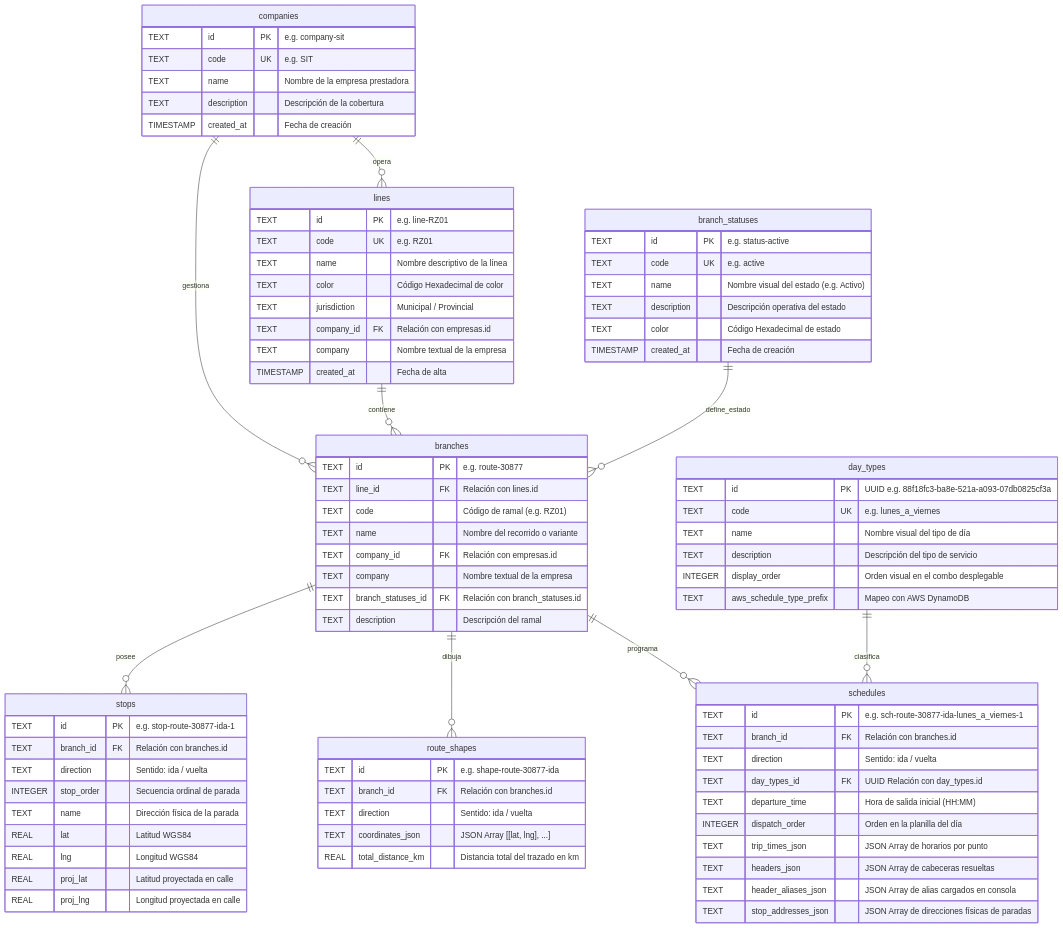
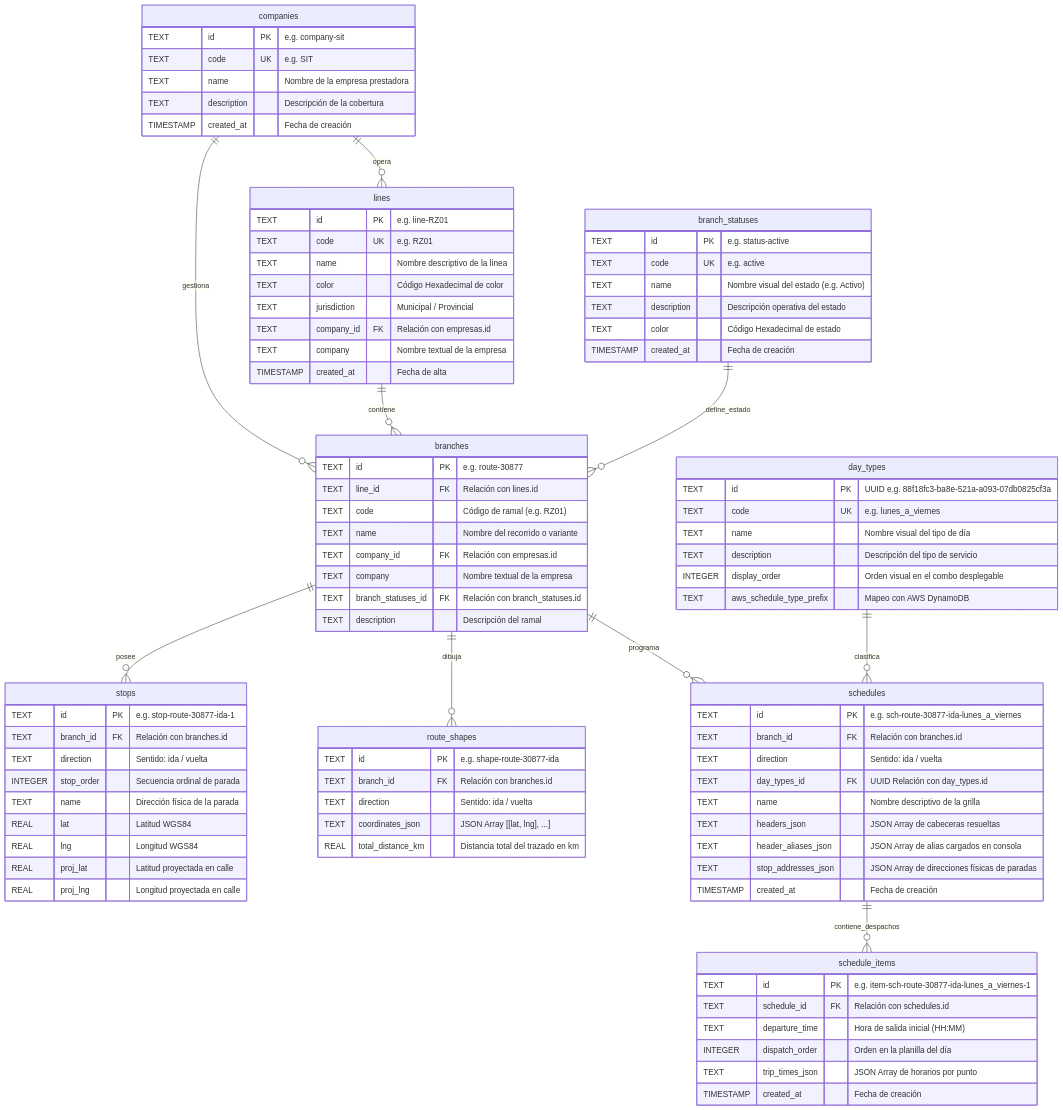
Before and after one commit to CollieHub/collie-mobility-transit-webpage-app-docs: the diagram in database/schema.md, drawn with Mermaid. The commit also changed other lines of this file and 1 other file, not shown here.

Commit message:
docs(database): add schedule_items table to ER diagram and schema docs

````diff
--- a/database/schema.md
+++ b/database/schema.md
@@ -16,6 +16,7 @@
     branches ||--o{ route_shapes : "dibuja"
     branches ||--o{ schedules : "programa"
     day_types ||--o{ schedules : "clasifica"
+    schedules ||--o{ schedule_items : "contiene_despachos"
 
     companies {
         TEXT id PK "e.g. company-sit"
@@ -86,15 +87,23 @@
     }
 
     schedules {
-        TEXT id PK "e.g. sch-route-30877-ida-lunes_a_viernes-1"
+        TEXT id PK "e.g. sch-route-30877-ida-lunes_a_viernes"
         TEXT branch_id FK "Relación con branches.id"
         TEXT direction "Sentido: ida / vuelta"
         TEXT day_types_id FK "UUID Relación con day_types.id"
+        TEXT name "Nombre descriptivo de la grilla"
+        TEXT headers_json "JSON Array de cabeceras resueltas"
+        TEXT header_aliases_json "JSON Array de alias cargados en consola"
+        TEXT stop_addresses_json "JSON Array de direcciones físicas de paradas"
+        TIMESTAMP created_at "Fecha de creación"
+    }
+
+    schedule_items {
+        TEXT id PK "e.g. item-sch-route-30877-ida-lunes_a_viernes-1"
+        TEXT schedule_id FK "Relación con schedules.id"
         TEXT departure_time "Hora de salida inicial (HH:MM)"
         INTEGER dispatch_order "Orden en la planilla del día"
         TEXT trip_times_json "JSON Array de horarios por punto"
-        TEXT headers_json "JSON Array de cabeceras resueltas"
-        TEXT header_aliases_json "JSON Array de alias cargados en consola"
-        TEXT stop_addresses_json "JSON Array de direcciones físicas de paradas"
+        TIMESTAMP created_at "Fecha de creación"
     }
 ```
````
